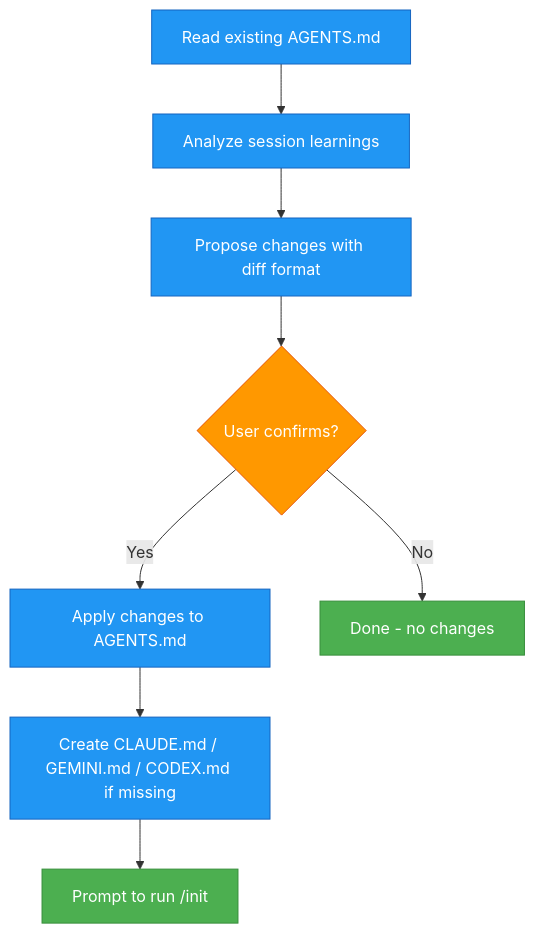
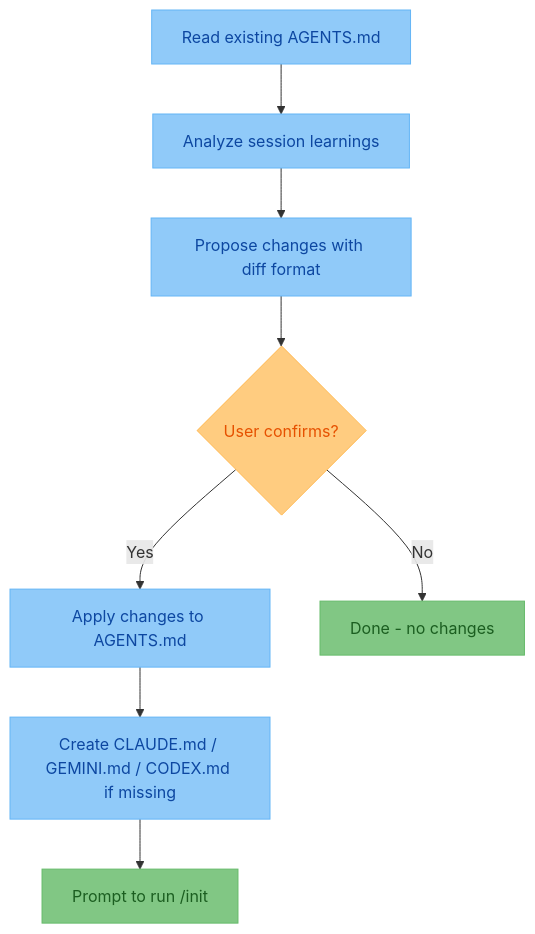
One commit to Olshansk/agent-md changed the third of 3 diagrams in README.md. Above: the diagram before and after it, drawn with Mermaid. The commit also changed other lines of this file and 1 other file, not shown here.

````diff
--- a/README.md
+++ b/README.md
@@ -204,14 +213,14 @@
 ```mermaid
 graph TD
     A[Read existing AGENTS.md]:::action --> B[Analyze session learnings]:::action
     B --> C[Propose changes with diff format]:::action
     C --> D{User confirms?}:::decision
     D -->|Yes| E[Apply changes to AGENTS.md]:::action
     D -->|No| F[Done - no changes]:::outcome
     E --> G[Create CLAUDE.md / GEMINI.md / CODEX.md if missing]:::action
     G --> H[Prompt to run /init]:::outcome
 
-    classDef action fill:#2196F3,color:#fff,stroke:#1565C0
-    classDef decision fill:#FF9800,color:#fff,stroke:#E65100
-    classDef outcome fill:#4CAF50,color:#fff,stroke:#388E3C
+    classDef action fill:#90CAF9,color:#0D47A1,stroke:#64B5F6
+    classDef decision fill:#FFCC80,color:#E65100,stroke:#FFB74D
+    classDef outcome fill:#81C784,color:#1B5E20,stroke:#66BB6A
 ```
````
